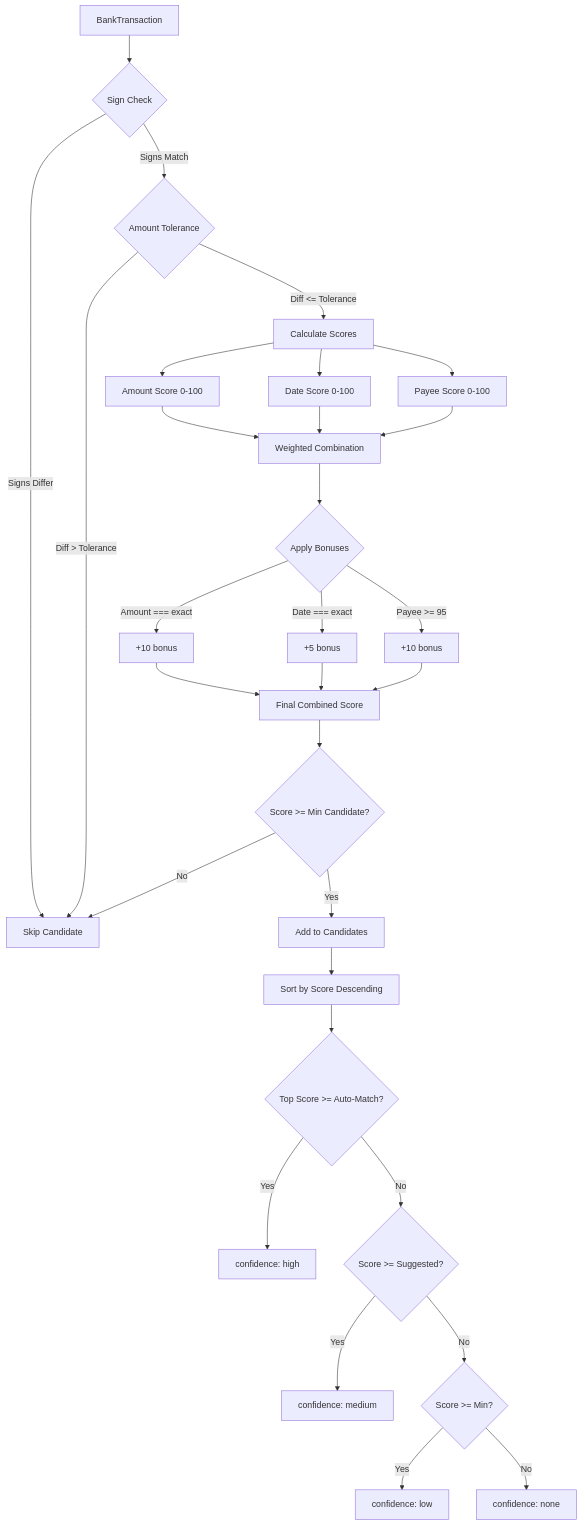
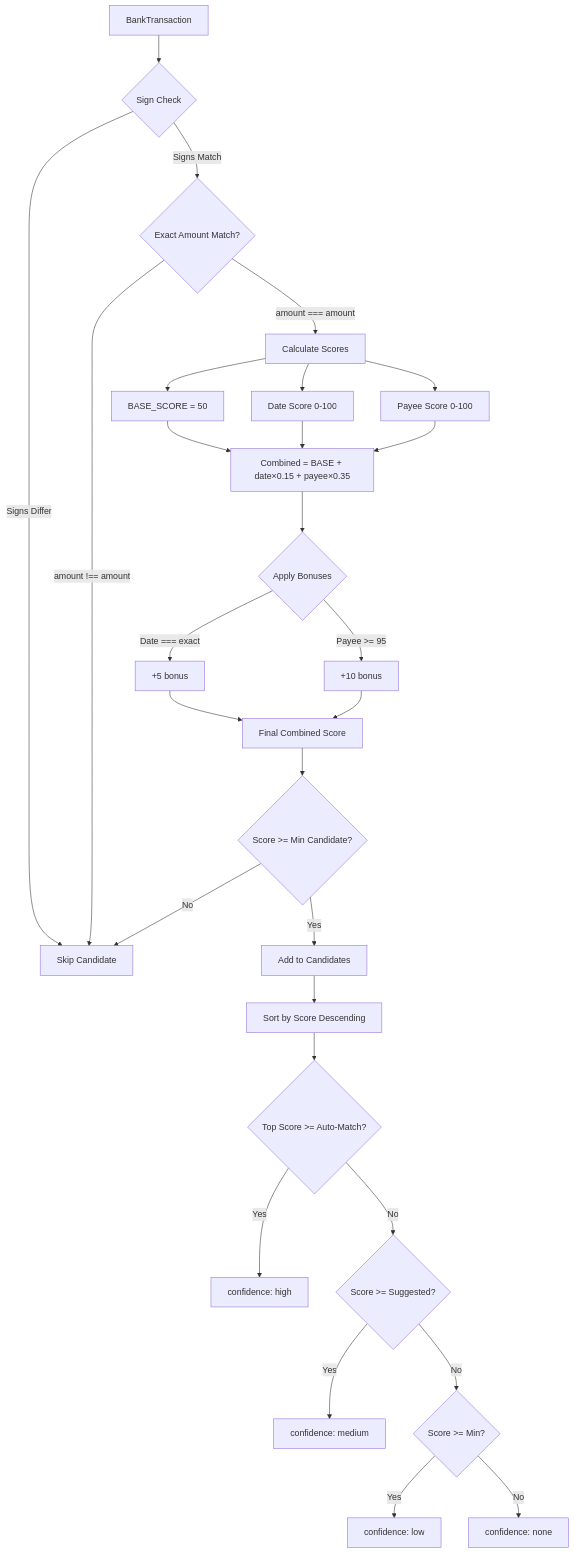
Before and after one commit to dizzlkheinz/ynab-mcpb: the fifth of 16 diagrams in docs/technical/reconciliation-system-architecture.md, drawn with Mermaid. The commit also changed other lines of this file and 22 other files, not shown here.

First line of the commit message:
refactor(reconciliation): clean up architecture debt (6 issues)

````diff
--- a/docs/technical/reconciliation-system-architecture.md
+++ b/docs/technical/reconciliation-system-architecture.md
@@ -342,42 +339,40 @@
 ```mermaid
 graph TD
     A[BankTransaction] --> B{Sign Check}
     B -->|Signs Differ| C[Skip Candidate]
-    B -->|Signs Match| D{Amount Tolerance}
+    B -->|Signs Match| D{Exact Amount Match?}
 
-    D -->|Diff > Tolerance| C
-    D -->|Diff <= Tolerance| E[Calculate Scores]
+    D -->|amount !== amount| C
+    D -->|amount === amount| E[Calculate Scores]
 
-    E --> F[Amount Score 0-100]
+    E --> F[BASE_SCORE = 50]
     E --> G[Date Score 0-100]
     E --> H[Payee Score 0-100]
 
-    F --> I[Weighted Combination]
+    F --> I[Combined = BASE + date×0.15 + payee×0.35]
     G --> I
     H --> I
 
     I --> J{Apply Bonuses}
-    J -->|Amount === exact| K[+10 bonus]
     J -->|Date === exact| L[+5 bonus]
     J -->|Payee >= 95| M[+10 bonus]
 
-    K --> N[Final Combined Score]
-    L --> N
+    L --> N[Final Combined Score]
     M --> N
 
     N --> O{Score >= Min Candidate?}
     O -->|No| C
     O -->|Yes| P[Add to Candidates]
 
     P --> Q[Sort by Score Descending]
     Q --> R{Top Score >= Auto-Match?}
 
     R -->|Yes| S[confidence: high]
     R -->|No| T{Score >= Suggested?}
 
     T -->|Yes| U[confidence: medium]
     T -->|No| V{Score >= Min?}
 
     V -->|Yes| W[confidence: low]
     V -->|No| X[confidence: none]
 ```
````
